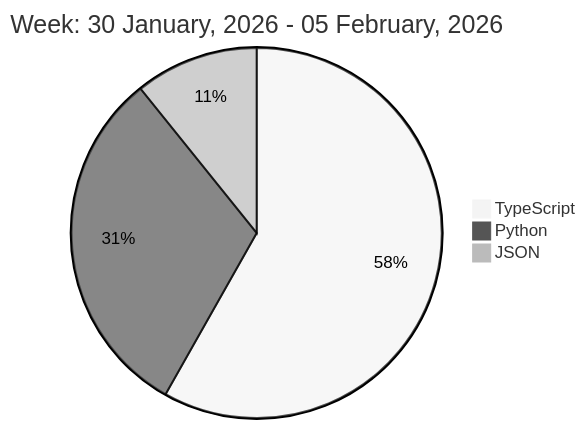
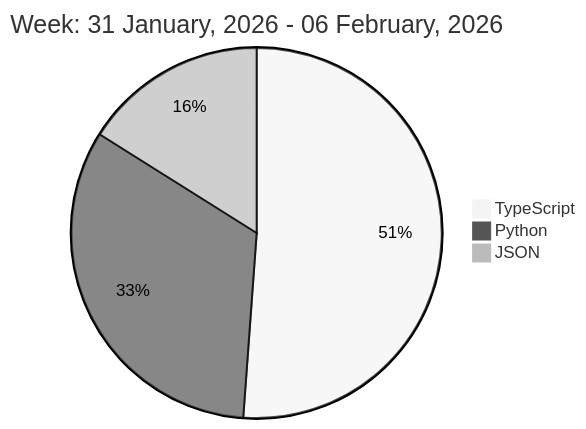
The diagram in README.md (liubin95/liubin95), drawn with Mermaid (neutral theme) before and after one commit.

Commit message:
Updated the Graph with new Metrics

````diff
--- a/README.md
+++ b/README.md
@@ -37,7 +37,7 @@
 ```mermaid
  pie
-title Week: 30 January, 2026 - 05 February, 2026
- "TypeScript" : 11.87
- "Python" : 6.33
- "JSON" : 2.2
+title Week: 31 January, 2026 - 06 February, 2026
+ "TypeScript" : 8.85
+ "Python" : 5.67
+ "JSON" : 2.78
 ```
````
